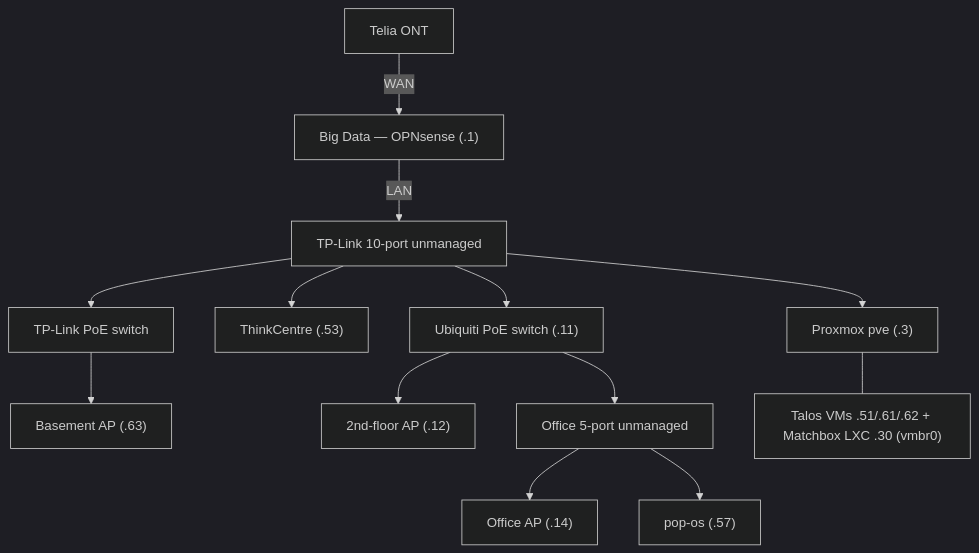
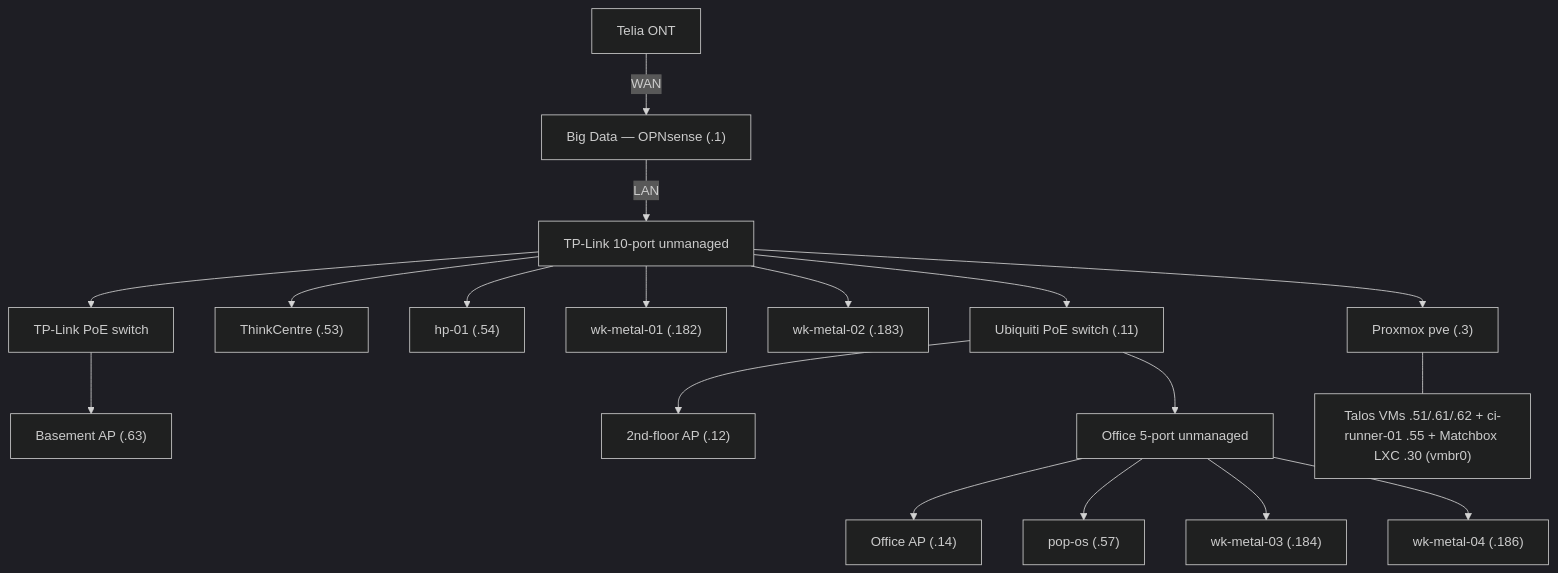
One commit to teststuffstash/homelab changed the diagram in docs/network-physical.md. Above: the diagram before and after it, drawn with Mermaid (dark theme). The commit also changed other lines of this file and 1 other file, not shown here.

Commit message:
network-physical: re-capture (operator cabling 2026-08-12) — wk-metal fleet, hp-01, ci-runner-01

````diff
--- a/docs/network-physical.md
+++ b/docs/network-physical.md
@@ -53,15 +58,20 @@
 ```mermaid
 graph TD
   ONT[Telia ONT] -->|WAN| OPN["Big Data — OPNsense (.1)"]
   OPN -->|LAN| SW10[TP-Link 10-port unmanaged]
   SW10 --> PVE["Proxmox pve (.3)"]
   SW10 --> TC["ThinkCentre (.53)"]
+  SW10 --> HP["hp-01 (.54)"]
+  SW10 --> WM1["wk-metal-01 (.182)"]
+  SW10 --> WM2["wk-metal-02 (.183)"]
   SW10 --> POE1[TP-Link PoE switch]
   SW10 --> UBNT["Ubiquiti PoE switch (.11)"]
   POE1 --> APB["Basement AP (.63)"]
   UBNT --> AP2["2nd-floor AP (.12)"]
   UBNT --> SW5[Office 5-port unmanaged]
   SW5 --> APO["Office AP (.14)"]
   SW5 --> POP["pop-os (.57)"]
-  PVE --- VMS["Talos VMs .51/.61/.62 + Matchbox LXC .30 (vmbr0)"]
+  SW5 --> WM3["wk-metal-03 (.184)"]
+  SW5 --> WM4["wk-metal-04 (.186)"]
+  PVE --- VMS["Talos VMs .51/.61/.62 + ci-runner-01 .55 + Matchbox LXC .30 (vmbr0)"]
 ```
````
